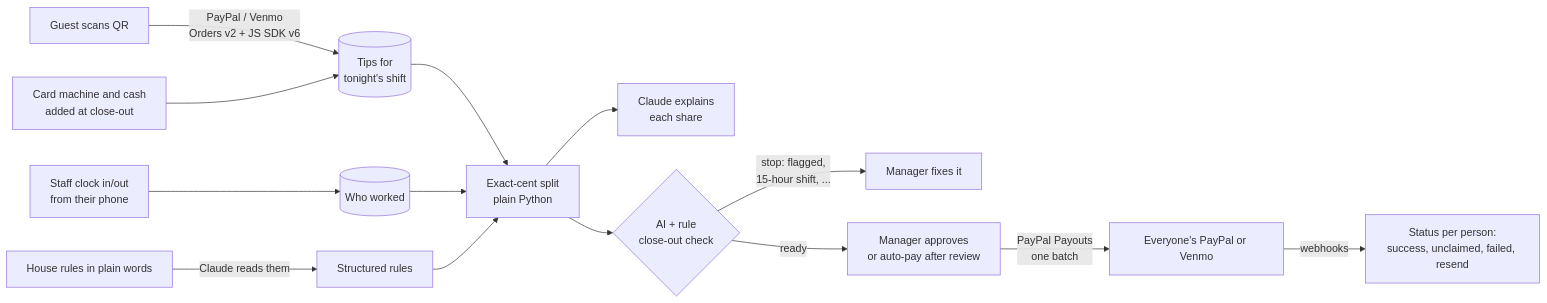
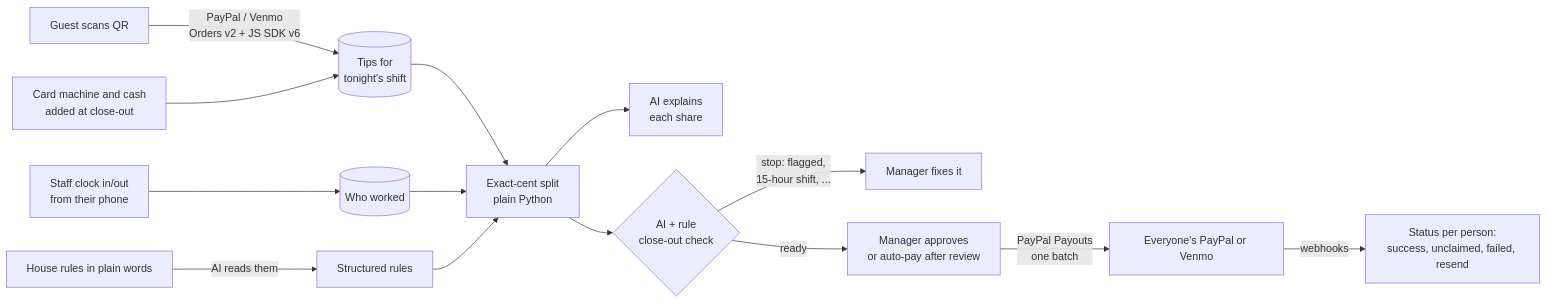
Before and after one commit to braileanuolimpiu-max/TipPool: the diagram in README.md, drawn with Mermaid. The commit also changed other lines of this file and 1 other file, not shown here.

````diff
--- a/README.md
+++ b/README.md
@@ -57,16 +58,16 @@
 ```mermaid
 flowchart LR
     G[Guest scans QR] -->|PayPal / Venmo<br/>Orders v2 + JS SDK v6| T[(Tips for<br/>tonight's shift)]
     C[Card machine and cash<br/>added at close-out] --> T
     S[Staff clock in/out<br/>from their phone] --> H[(Who worked)]
-    R[House rules in plain words] -->|Claude reads them| RR[Structured rules]
+    R[House rules in plain words] -->|AI reads them| RR[Structured rules]
     T --> X[Exact-cent split<br/>plain Python]
     H --> X
     RR --> X
-    X --> E[Claude explains<br/>each share]
+    X --> E[AI explains<br/>each share]
     X --> K{AI + rule<br/>close-out check}
     K -->|stop: flagged,<br/>15-hour shift, ...| M[Manager fixes it]
     K -->|ready| P[Manager approves<br/>or auto-pay after review]
     P -->|PayPal Payouts<br/>one batch| W[Everyone's PayPal or Venmo]
     W -->|webhooks| ST[Status per person:<br/>success, unclaimed, failed, resend]
 ```
````
